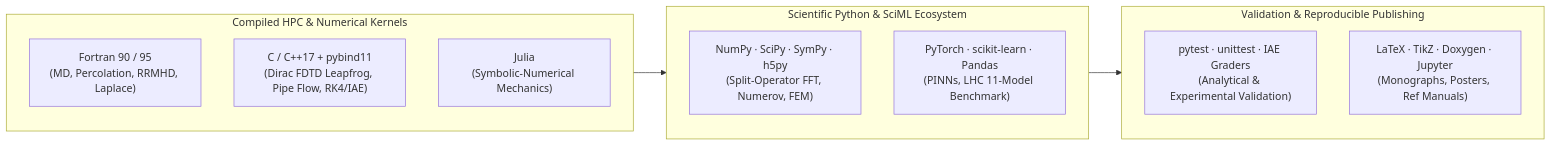
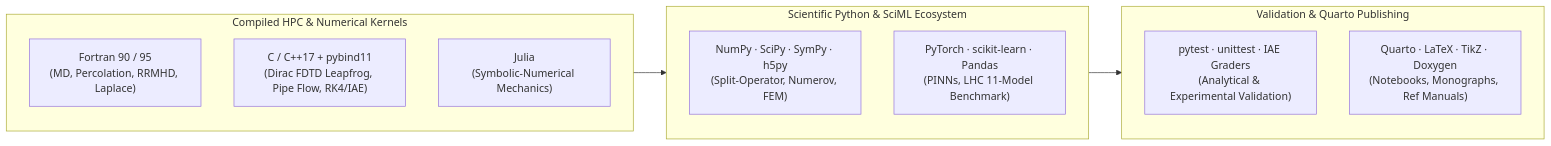
Before and after one commit to Julian-L-Avila/JulianLAvila: the diagram in docs/technical-and-engineering-portfolio.md, drawn with Mermaid. The commit also changed other lines of this file and 70 other files, not shown here.

````diff
--- a/docs/technical-and-engineering-portfolio.md
+++ b/docs/technical-and-engineering-portfolio.md
@@ -30,20 +12,20 @@
 ```mermaid
 flowchart LR
     subgraph Core["Compiled HPC & Numerical Kernels"]
         F90["Fortran 90 / 95\n(MD, Percolation, RRMHD, Laplace)"]
         CPP["C / C++17 + pybind11\n(Dirac FDTD Leapfrog, Pipe Flow, RK4/IAE)"]
         JL["Julia\n(Symbolic-Numerical Mechanics)"]
     end
 
     subgraph SciPyStack["Scientific Python & SciML Ecosystem"]
-        PY["NumPy · SciPy · SymPy · h5py\n(Split-Operator FFT, Numerov, FEM)"]
+        PY["NumPy · SciPy · SymPy · h5py\n(Split-Operator, Numerov, FEM)"]
         ML["PyTorch · scikit-learn · Pandas\n(PINNs, LHC 11-Model Benchmark)"]
     end
 
-    subgraph Verification["Validation & Reproducible Publishing"]
+    subgraph Verification["Validation & Quarto Publishing"]
         TEST["pytest · unittest · IAE Graders\n(Analytical & Experimental Validation)"]
-        PUB["LaTeX · TikZ · Doxygen · Jupyter\n(Monographs, Posters, Ref Manuals)"]
+        PUB["Quarto · LaTeX · TikZ · Doxygen\n(Notebooks, Monographs, Ref Manuals)"]
     end
 
     Core --> SciPyStack --> Verification
 ```
````
